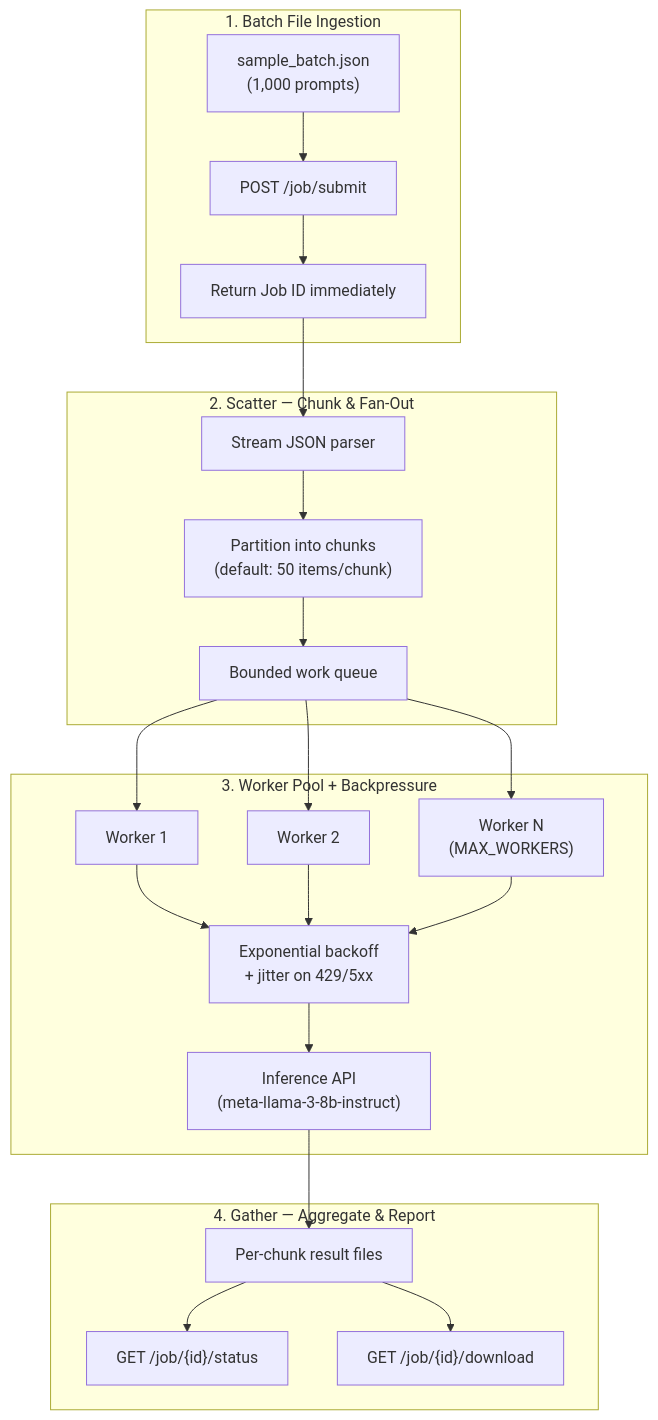
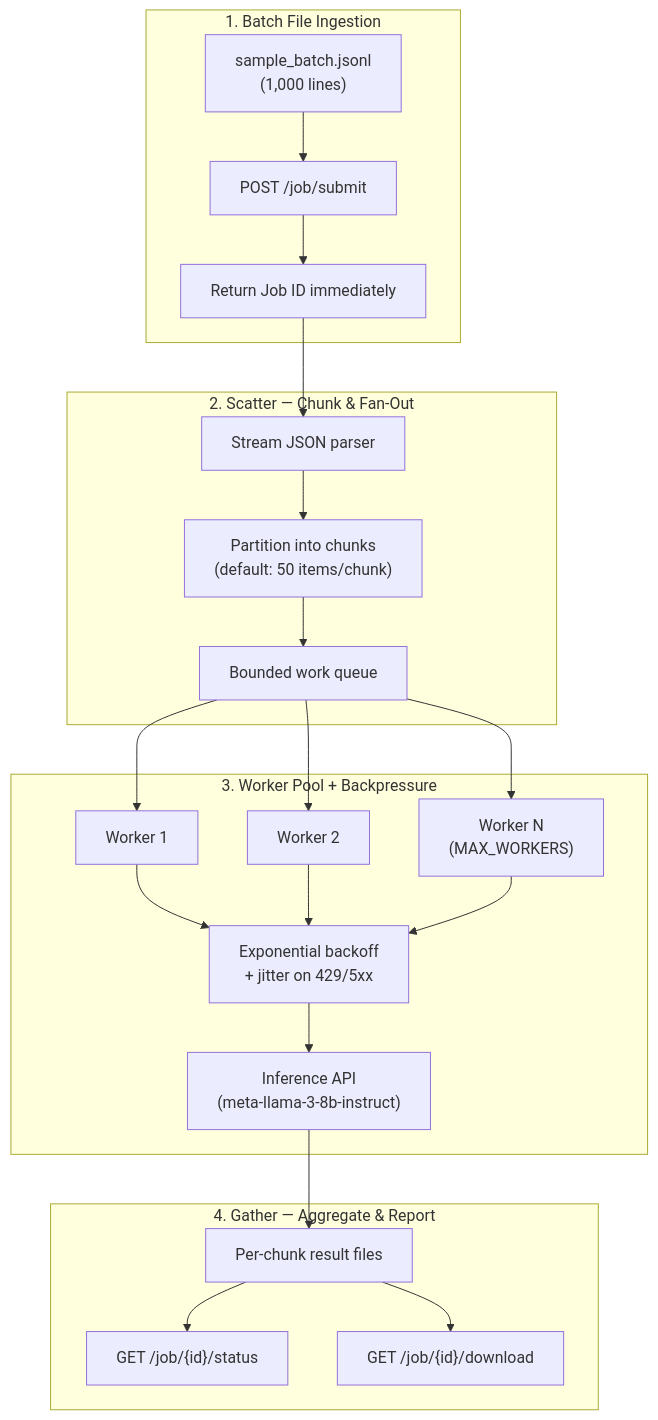
The diagram in docs/architecture.md (amit-chahar/batch-inference-engine), drawn with Mermaid before and after one commit. The commit also changed 4 other files, not shown here.

First line of the commit message:
feat: add sample_batch.jsonl with 1000 prompt lines and generator script.

````diff
--- a/docs/architecture.md
+++ b/docs/architecture.md
@@ -5,35 +5,35 @@
 ```mermaid
 flowchart TB
     subgraph ingestion["1. Batch File Ingestion"]
-        JSON["sample_batch.json<br/>(1,000 prompts)"]
+        JSON["sample_batch.jsonl<br/>(1,000 lines)"]
         Submit["POST /job/submit"]
         JobID["Return Job ID immediately"]
         JSON --> Submit --> JobID
     end
 
     subgraph scatter["2. Scatter — Chunk & Fan-Out"]
         Parser["Stream JSON parser"]
         Chunker["Partition into chunks<br/>(default: 50 items/chunk)"]
         Queue["Bounded work queue"]
         Parser --> Chunker --> Queue
     end
 
     subgraph pool["3. Worker Pool + Backpressure"]
         W1["Worker 1"]
         W2["Worker 2"]
         WN["Worker N<br/>(MAX_WORKERS)"]
         Queue --> W1 & W2 & WN
         W1 & W2 & WN --> Backoff["Exponential backoff<br/>+ jitter on 429/5xx"]
         Backoff --> Inference["Inference API<br/>(meta-llama-3-8b-instruct)"]
     end
 
     subgraph gather["4. Gather — Aggregate & Report"]
         Results["Per-chunk result files"]
         Status["GET /job/{id}/status"]
         Download["GET /job/{id}/download"]
         Inference --> Results
         Results --> Status & Download
     end
 
     JobID --> Parser
 ```
````
